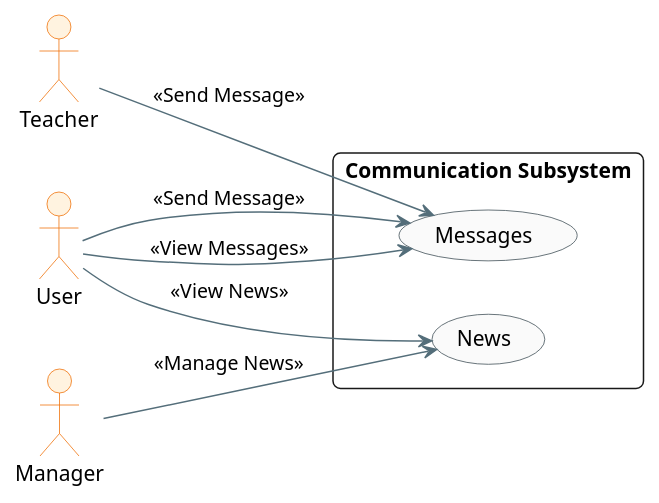
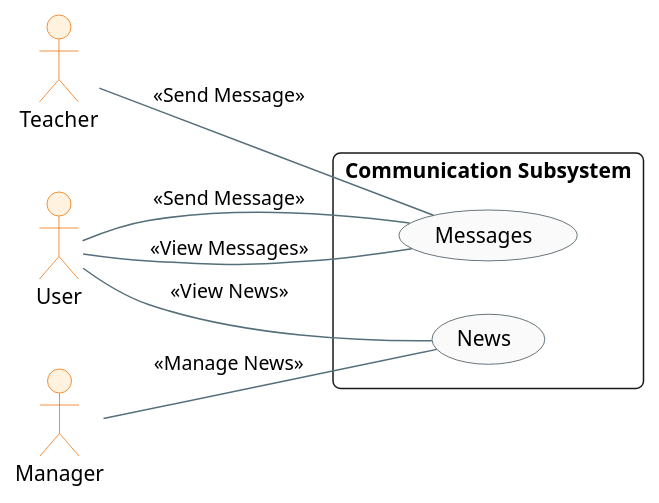
The diagram in PartA/useCaseDiagrams/general.puml (ofeerist/uni-crm-oop), drawn with PlantUML before and after one commit. The commit also changed 4 other files, not shown here.

```diff
--- a/PartA/useCaseDiagrams/general.puml
+++ b/PartA/useCaseDiagrams/general.puml
@@ -1,36 +1,36 @@
 @startuml
 skinparam theme plain
 skinparam packageStyle rectangle
 skinparam roundcorner 10
 skinparam shadowing false
 skinparam defaultFontName "Segoe UI"
 
 skinparam actor {
     BackgroundColor #FFF3E0
     BorderColor #EF6C00
 }
 skinparam usecase {
     BackgroundColor #FAFAFA
     BorderColor #37474F
     ArrowColor #546E7A
 }
 
 left to right direction
 
 actor "User" as U
 actor "Manager" as M
 actor "Teacher" as T
 
 rectangle "Communication Subsystem" {
     usecase "Messages" as Messages
     usecase "News" as News
 
-    U --> News : <<View News>>
-    U --> Messages : <<Send Message>>
-    U --> Messages : <<View Messages>>
+    U -- News : <<View News>>
+    U -- Messages : <<Send Message>>
+    U -- Messages : <<View Messages>>
 
-    M --> News : <<Manage News>>
+    M -- News : <<Manage News>>
 
-    T --> Messages : <<Send Message>>
+    T -- Messages : <<Send Message>>
 }
 @enduml
```
